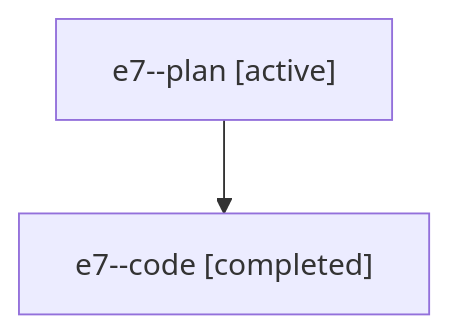
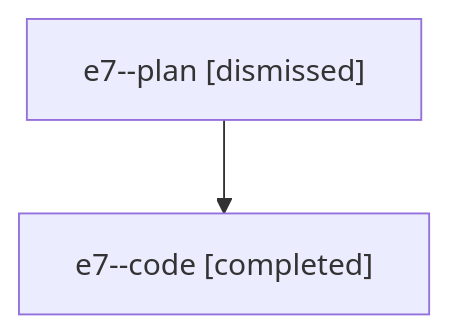
The diagram in sessions/bbugyi200.athena.e7.md (sase-org/sase--agents), drawn with Mermaid before and after one commit. The commit also changed other lines of this file and 36 other files, not shown here.

````diff
--- a/sessions/bbugyi200.athena.e7.md
+++ b/sessions/bbugyi200.athena.e7.md
@@ -9,6 +9,6 @@
 ```mermaid
 flowchart TD
-  n0["e7--plan [active]"]
+  n0["e7--plan [dismissed]"]
   n1["e7--code [completed]"]
   n0 --> n1
 ```
````
